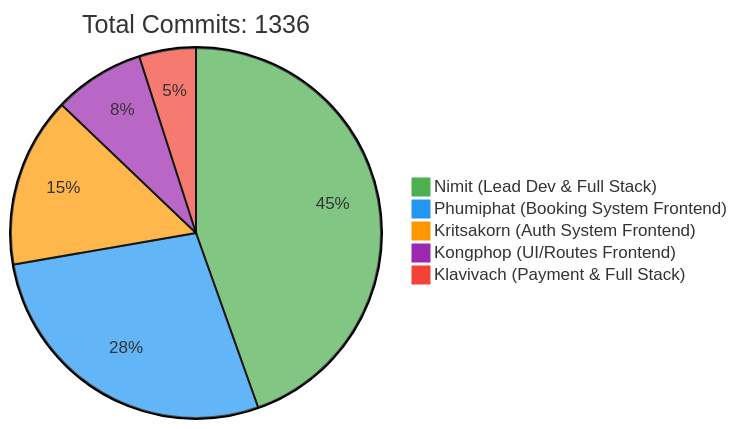
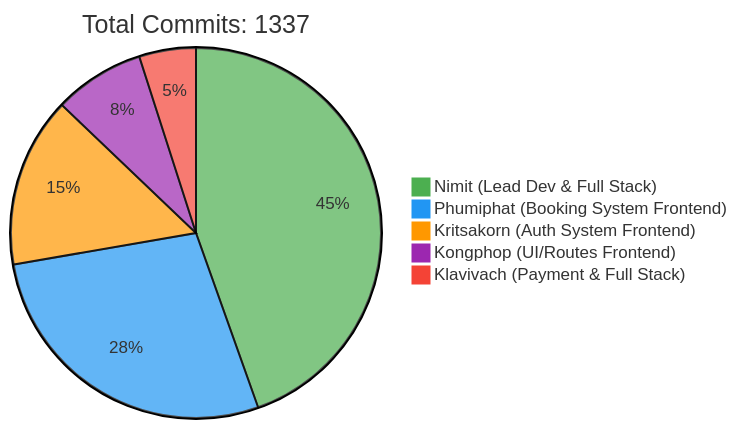
The first of 2 diagrams in README.md (6531503042/Sport-Complex), drawn with Mermaid before and after one commit. The commit also changed other lines of this file, not shown here.

Commit message:
docs: Update contributor statistics [skip ci]

````diff
--- a/README.md
+++ b/README.md
@@ -257,10 +257,10 @@
 ```mermaid
 %%{init: {'theme': 'base', 'themeVariables': { 'pie1': '#4CAF50', 'pie2': '#2196F3', 'pie3': '#FF9800', 'pie4': '#9C27B0', 'pie5': '#F44336'}}}%%
 pie
-    title Total Commits: 1336
+    title Total Commits: 1337
     "Nimit (Lead Dev & Full Stack)" : 450
     "Phumiphat (Booking System Frontend)" : 280
     "Kritsakorn (Auth System Frontend)" : 150
     "Kongphop (UI/Routes Frontend)" : 80
     "Klavivach (Payment & Full Stack)" : 50
 ```
````
